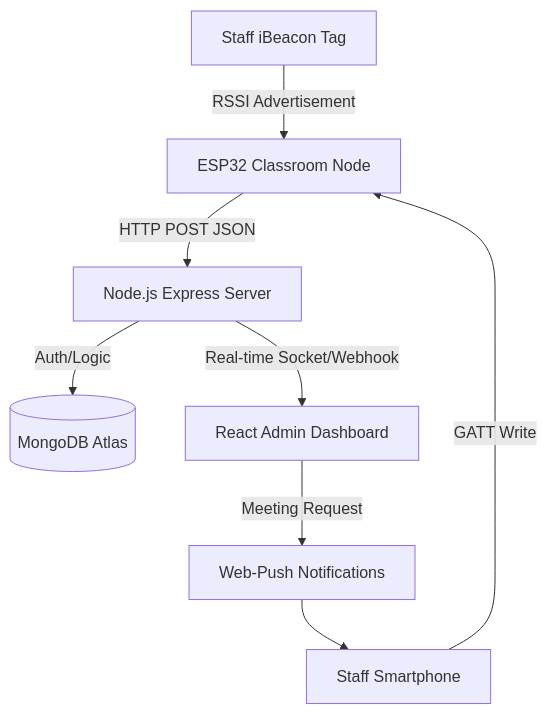
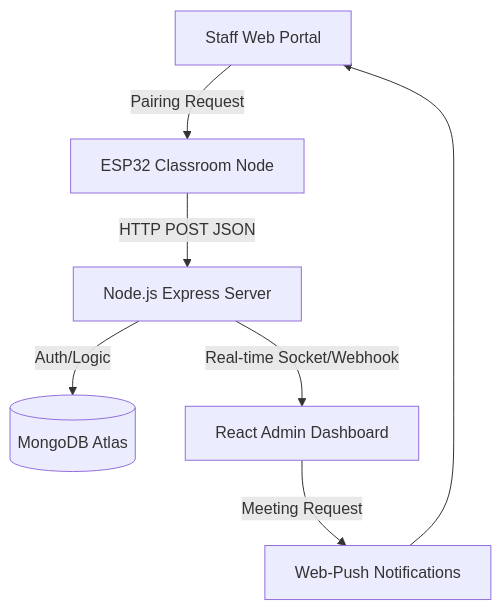
The first of 2 diagrams in MASTER_PROJECT_DOCUMENT_CONSOLIDATED.md (KRISHNAKUMAR-M-01/Staff-Presence-Verification), drawn with Mermaid before and after one commit. The commit also changed other lines of this file and 115 other files, not shown here.

````diff
--- a/MASTER_PROJECT_DOCUMENT_CONSOLIDATED.md
+++ b/MASTER_PROJECT_DOCUMENT_CONSOLIDATED.md
@@ -176,10 +298,9 @@
 ```mermaid
 graph TD;
-    StaffTag[Staff iBeacon Tag] -->|RSSI Advertisement| ESP32[ESP32 Classroom Node];
-    StaffMobile[Staff Smartphone] -->|GATT Write| ESP32;
+    StaffPortal[Staff Web Portal] -->|Pairing Request| ESP32[ESP32 Classroom Node];
     ESP32 -->|HTTP POST JSON| Backend[Node.js Express Server];
     Backend -->|Auth/Logic| DB[(MongoDB Atlas)];
     Backend -->|Real-time Socket/Webhook| Admin[React Admin Dashboard];
     Admin -->|Meeting Request| Push[Web-Push Notifications];
-    Push --> StaffMobile;
+    Push --> StaffPortal;
 ```
````
